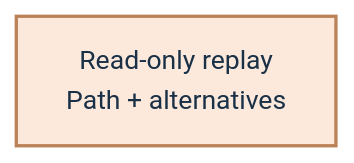
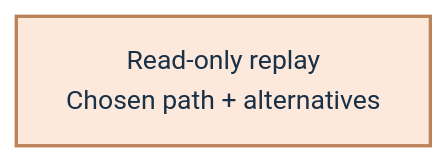
Before and after one commit to nrysho/trace-social-engineering-agent: the diagram in docs/architecture-assets/view.mmd, drawn with Mermaid. The commit also changed 10 other files, not shown here.

Commit message:
Anchor architecture arrows to components and clarify response flow

```diff
--- a/docs/architecture-assets/view.mmd
+++ b/docs/architecture-assets/view.mmd
@@ -1,3 +1,3 @@
 flowchart LR
- N["Read-only replay<br/>Path + alternatives"]
+ N["Read-only replay<br/>Chosen path + alternatives"]
  classDef default fill:#fce9dc,stroke:#bb8257,color:#193047,stroke-width:2px;
```
